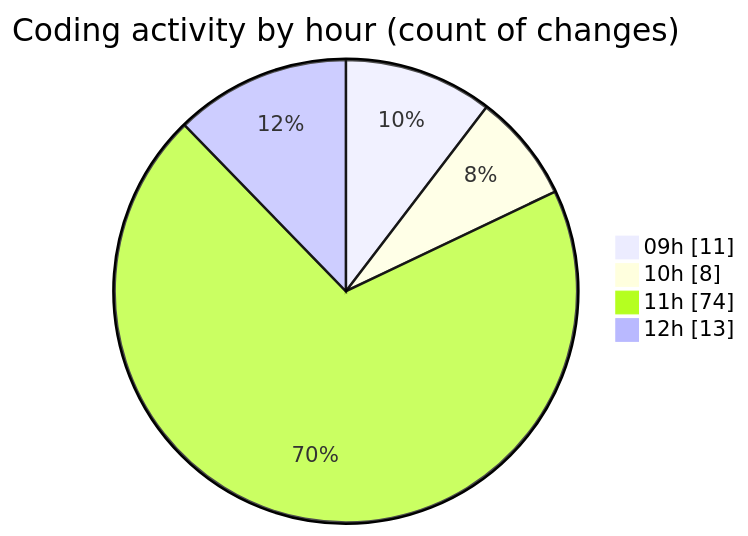
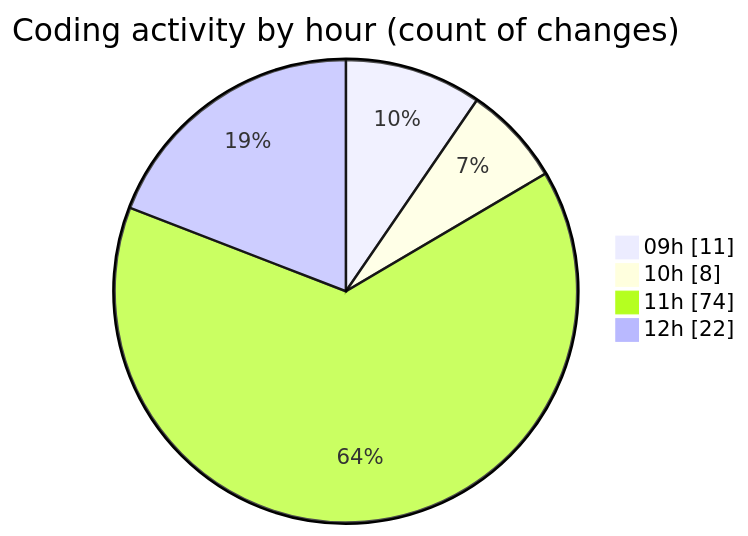
The second of 2 diagrams in 2025-10-30/cda/README.md (momahboobian/code-tracking), drawn with Mermaid before and after one commit. The commit also changed other lines of this file and 1 other file, not shown here.

````diff
--- a/2025-10-30/cda/README.md
+++ b/2025-10-30/cda/README.md
@@ -38,8 +38,8 @@
 ```mermaid
 pie showData
 title Coding activity by hour (count of changes)
 "09h" : 11
 "10h" : 8
 "11h" : 74
-"12h" : 13
+"12h" : 22
 ```
````
